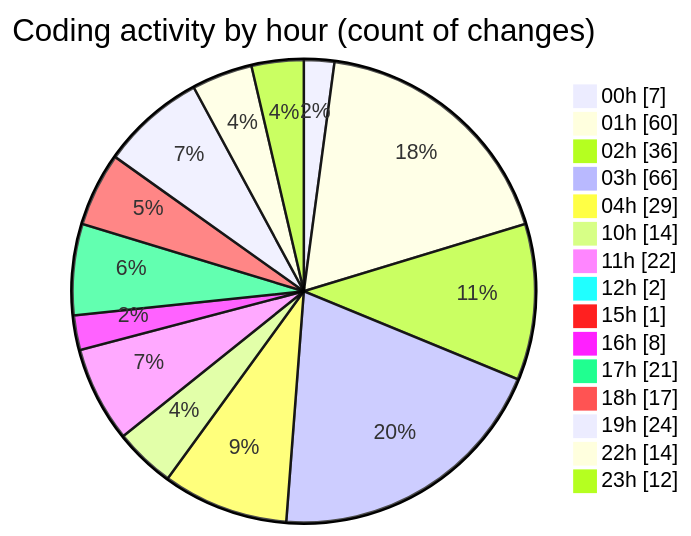
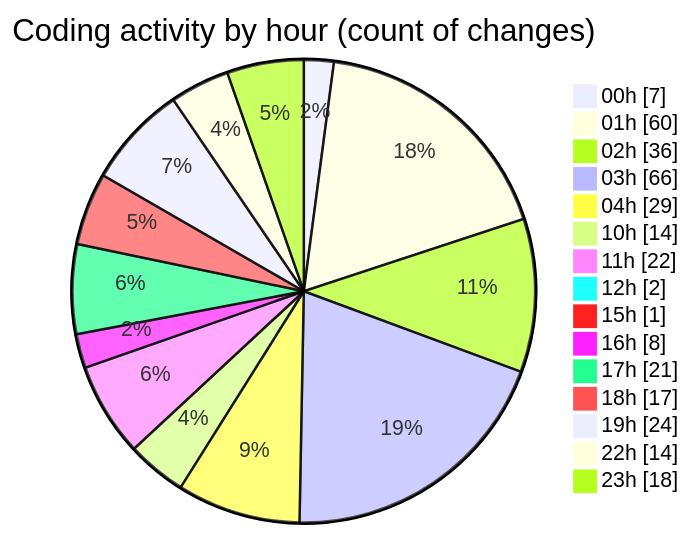
The second of 2 diagrams in 2025-10-07/eventscop-frontend-guide__workspace_/README.md (julien-gomy/code-tracking), drawn with Mermaid before and after one commit. The commit also changed other lines of this file and 1 other file, not shown here.

````diff
--- a/2025-10-07/eventscop-frontend-guide__workspace_/README.md
+++ b/2025-10-07/eventscop-frontend-guide__workspace_/README.md
@@ -121,19 +121,19 @@
 ```mermaid
 pie showData
 title Coding activity by hour (count of changes)
 "00h" : 7
 "01h" : 60
 "02h" : 36
 "03h" : 66
 "04h" : 29
 "10h" : 14
 "11h" : 22
 "12h" : 2
 "15h" : 1
 "16h" : 8
 "17h" : 21
 "18h" : 17
 "19h" : 24
 "22h" : 14
-"23h" : 12
+"23h" : 18
 ```
````
